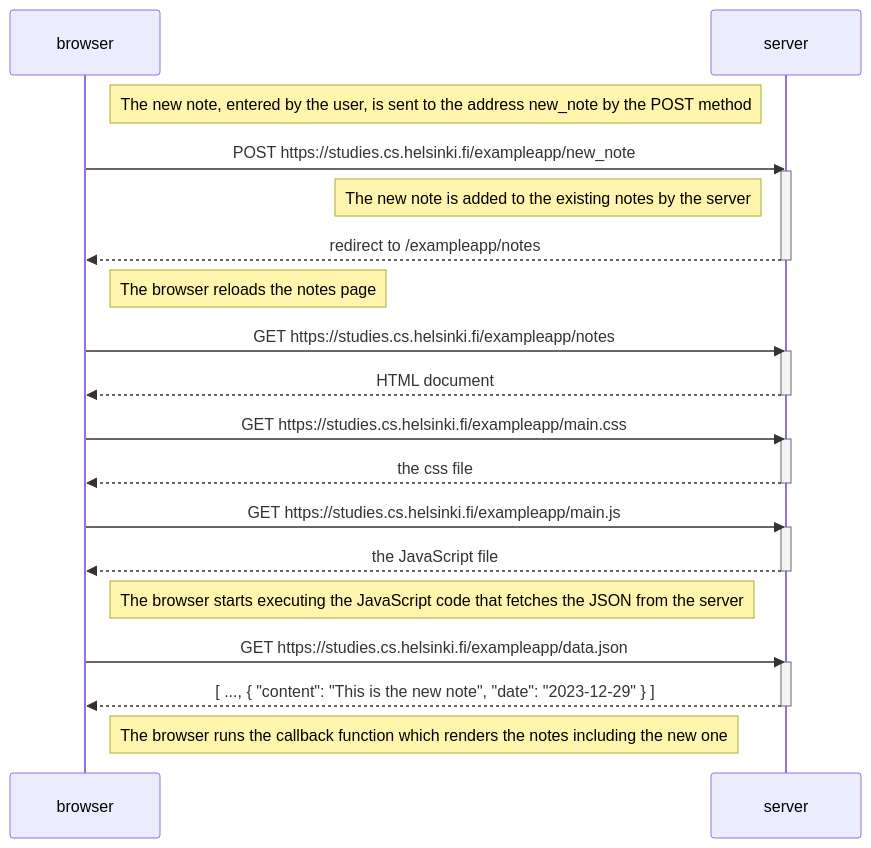
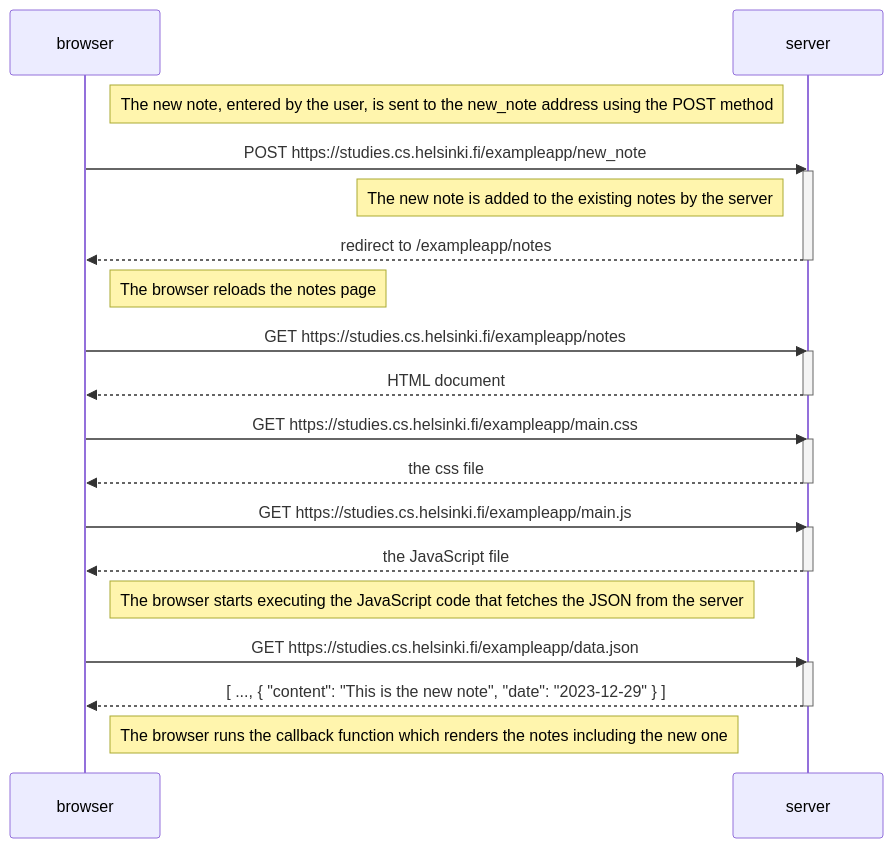
The diagram in part0/0.4_New_note_diagram.md (jarnould/FSO), drawn with Mermaid before and after one commit.

Commit message:
First note modification

````diff
--- a/part0/0.4_New_note_diagram.md
+++ b/part0/0.4_New_note_diagram.md
@@ -1,39 +1,39 @@
 ```mermaid
 sequenceDiagram
     participant browser
     participant server
 
-    Note right of browser: The new note, entered by the user, is sent to the address new_note by the POST method
+    Note right of browser: The new note, entered by the user, is sent to the new_note address using the POST method
     
     browser->>server: POST https://studies.cs.helsinki.fi/exampleapp/new_note
     activate server
     Note left of server: The new note is added to the existing notes by the server
     server-->>browser: redirect to /exampleapp/notes
     deactivate server
     
     Note right of browser: The browser reloads the notes page 
 
     browser->>server: GET https://studies.cs.helsinki.fi/exampleapp/notes
     activate server
     server-->>browser: HTML document
     deactivate server
 
     browser->>server: GET https://studies.cs.helsinki.fi/exampleapp/main.css
     activate server
     server-->>browser: the css file
     deactivate server
 
     browser->>server: GET https://studies.cs.helsinki.fi/exampleapp/main.js
     activate server
     server-->>browser: the JavaScript file
     deactivate server
 
     Note right of browser: The browser starts executing the JavaScript code that fetches the JSON from the server
 
     browser->>server: GET https://studies.cs.helsinki.fi/exampleapp/data.json
     activate server
     server-->>browser: [ ..., { "content": "This is the new note", "date": "2023-12-29" } ]
     deactivate server
 
     Note right of browser: The browser runs the callback function which renders the notes including the new one
 ```
````
